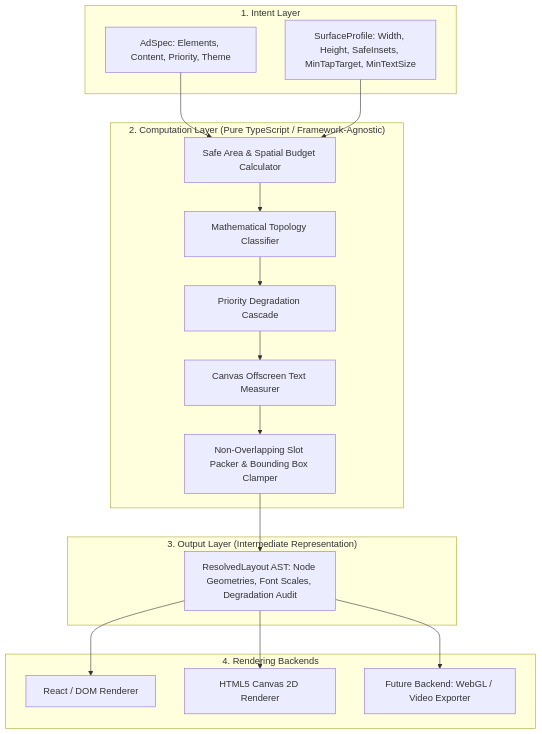
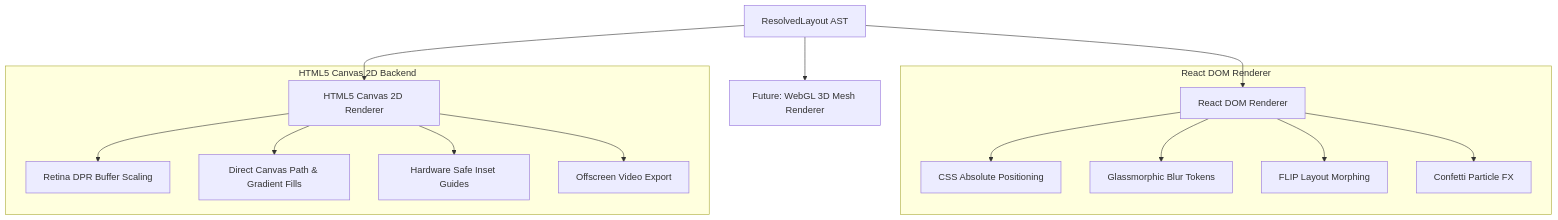
Before and after one commit to ChigurupatiVenkatSaiKiran/flam-adaptive-layout-engine: the diagram in ARCHITECTURE.md, drawn with Mermaid. The commit also changed other lines of this file and 1 other file, not shown here.

Commit message:
docs: upgrade README.md and ARCHITECTURE.md to top 1% standard with formal mathematical specifications, candidate profile, and exact company required structure

````diff
--- a/ARCHITECTURE.md
+++ b/ARCHITECTURE.md
@@ -13,36 +221,20 @@
 ```mermaid
 graph TD
-    subgraph "1. Intent Layer"
-        A[AdSpec: Elements, Content, Priority, Theme]
-        B[SurfaceProfile: Width, Height, SafeInsets, MinTapTarget, MinTextSize]
+    A[ResolvedLayout AST] --> B[React DOM Renderer]
+    A --> C[HTML5 Canvas 2D Renderer]
+    A --> D[Future: WebGL 3D Mesh Renderer]
+
+    subgraph "React DOM Renderer"
+        B --> B1[CSS Absolute Positioning]
+        B --> B2[Glassmorphic Blur Tokens]
+        B --> B3[FLIP Layout Morphing]
+        B --> B4[Confetti Particle FX]
     end
 
-    subgraph "2. Computation Layer (Pure TypeScript / Framework-Agnostic)"
-        C[Safe Area & Spatial Budget Calculator]
-        D[Mathematical Topology Classifier]
-        E[Priority Degradation Cascade]
-        F[Canvas Offscreen Text Measurer]
-        G[Non-Overlapping Slot Packer & Bounding Box Clamper]
+    subgraph "HTML5 Canvas 2D Backend"
+        C --> C1[Retina DPR Buffer Scaling]
+        C --> C2[Direct Canvas Path & Gradient Fills]
+        C --> C3[Hardware Safe Inset Guides]
+        C --> C4[Offscreen Video Export]
     end
-
-    subgraph "3. Output Layer (Intermediate Representation)"
-        H[ResolvedLayout AST: Node Geometries, Font Scales, Degradation Audit]
-    end
-
-    subgraph "4. Rendering Backends"
-        I[React / DOM Renderer]
-        J[HTML5 Canvas 2D Renderer]
-        K[Future Backend: WebGL / Video Exporter]
-    end
-
-    A --> C
-    B --> C
-    C --> D
-    D --> E
-    E --> F
-    F --> G
-    G --> H
-    H --> I
-    H --> J
-    H --> K
 ```
````
